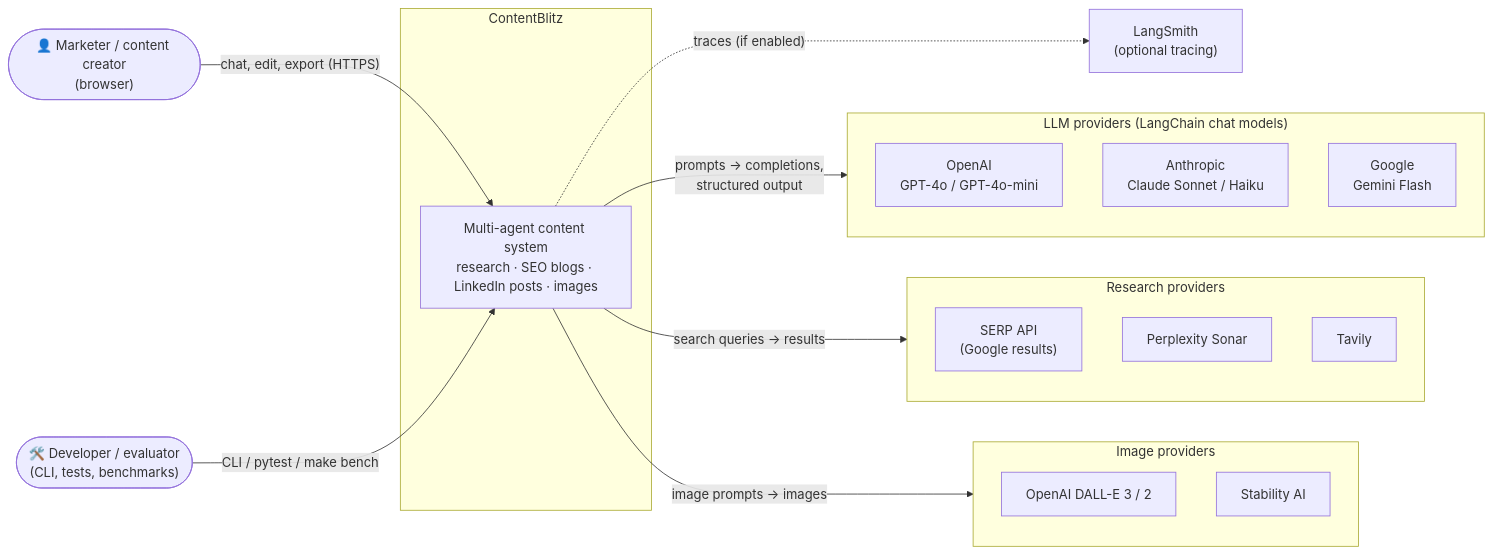
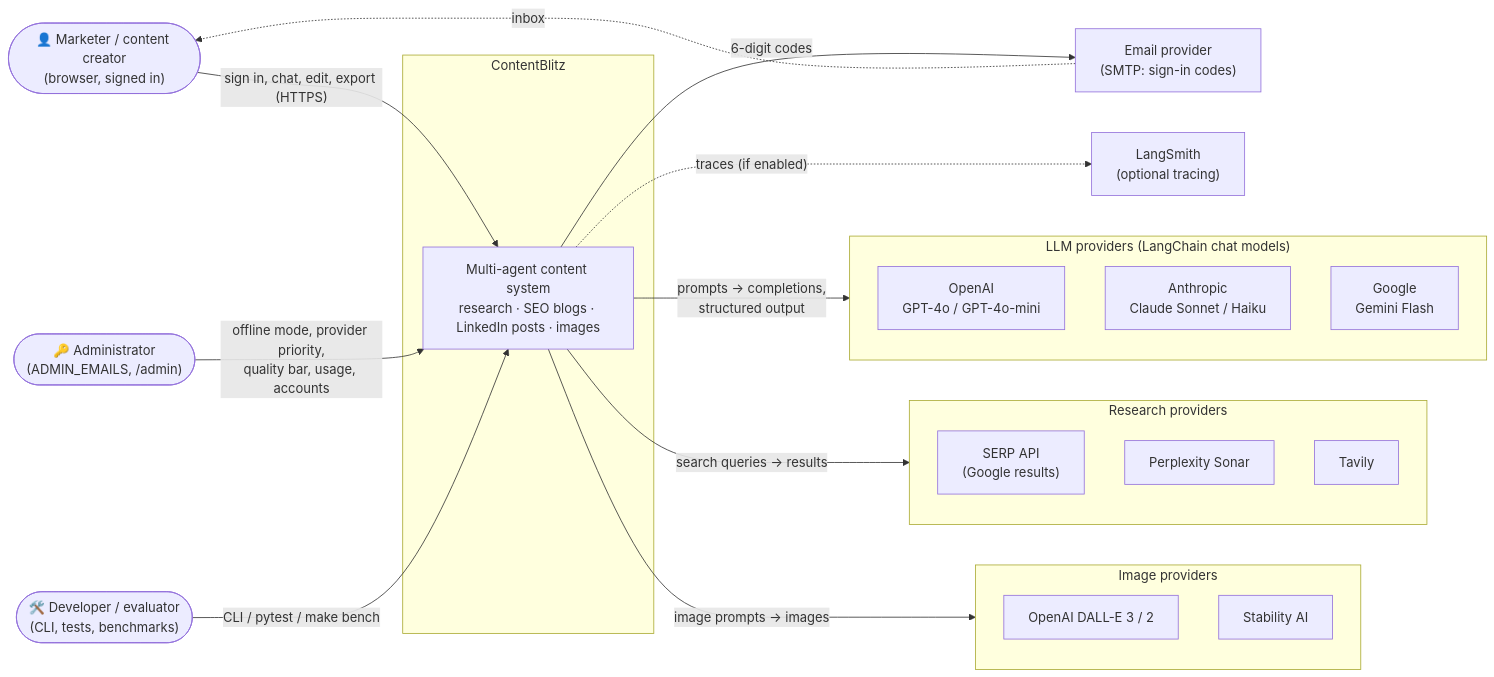
Before and after one commit to prasannakoppolu/contentblitz-ai-assistant: the first of 16 diagrams in docs/architecture.md, drawn with Mermaid. The commit also changed other lines of this file and 48 other files, not shown here.

````diff
--- a/docs/architecture.md
+++ b/docs/architecture.md
@@ -23,32 +23,37 @@
 ```mermaid
 flowchart LR
-    user(["👤 Marketer / content creator<br/>(browser)"])
+    user(["👤 Marketer / content creator<br/>(browser, signed in)"])
+    admin(["🔑 Administrator<br/>(ADMIN_EMAILS, /admin)"])
     dev(["🛠️ Developer / evaluator<br/>(CLI, tests, benchmarks)"])
 
     subgraph cb ["ContentBlitz"]
         sys["Multi-agent content system<br/>research · SEO blogs · LinkedIn posts · images"]
     end
 
     subgraph llm ["LLM providers (LangChain chat models)"]
         oai["OpenAI<br/>GPT-4o / GPT-4o-mini"]
         ant["Anthropic<br/>Claude Sonnet / Haiku"]
         gem["Google<br/>Gemini Flash"]
     end
     subgraph search ["Research providers"]
         serp["SERP API<br/>(Google results)"]
         pplx["Perplexity Sonar"]
         tav["Tavily"]
     end
     subgraph img ["Image providers"]
         dalle["OpenAI DALL-E 3 / 2"]
         stab["Stability AI"]
     end
     ls["LangSmith<br/>(optional tracing)"]
+    mail["Email provider<br/>(SMTP: sign-in codes)"]
 
-    user -- "chat, edit, export (HTTPS)" --> sys
+    user -- "sign in, chat, edit, export (HTTPS)" --> sys
+    admin -- "offline mode, provider priority,<br/>quality bar, usage, accounts" --> sys
+    sys -- "6-digit codes" --> mail
+    mail -. "inbox" .-> user
     dev -- "CLI / pytest / make bench" --> sys
     sys -- "prompts → completions,<br/>structured output" --> llm
     sys -- "search queries → results" --> search
     sys -- "image prompts → images" --> img
     sys -. "traces (if enabled)" .-> ls
 ```
````
